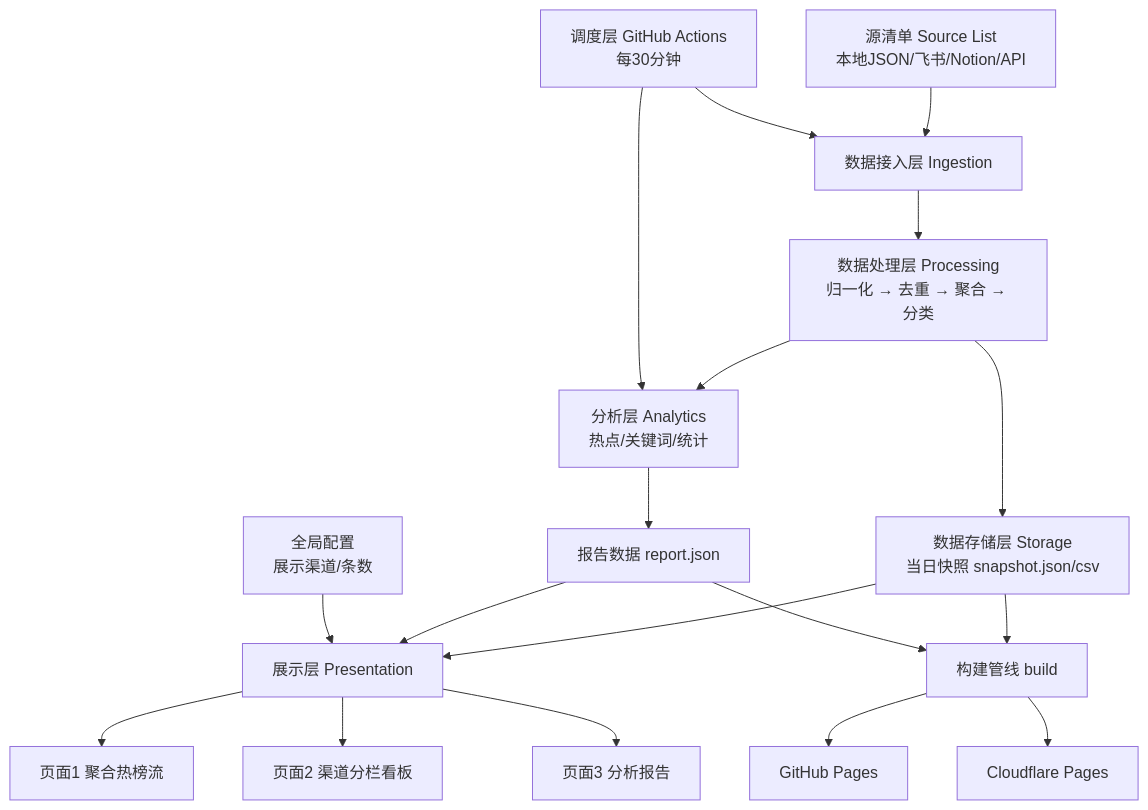
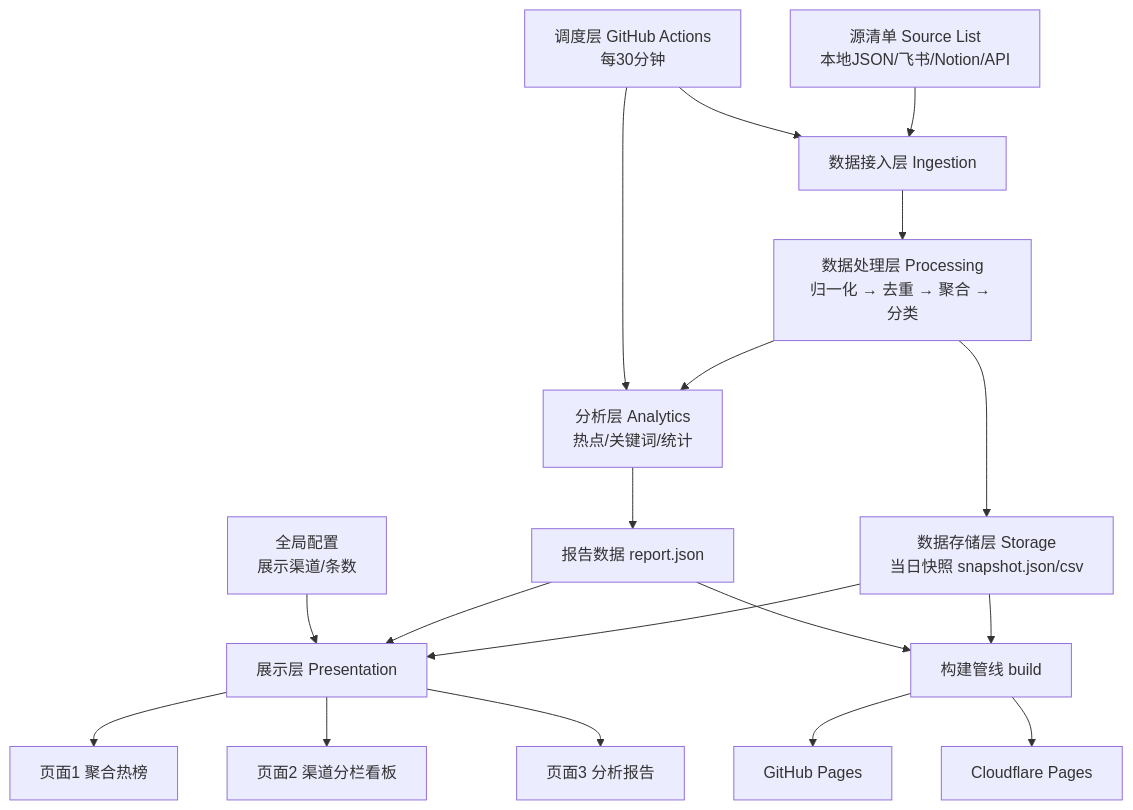
The first of 2 diagrams in docs/PRD.md (Shonee/rss-radar), drawn with Mermaid before and after one commit. The commit also changed other lines of this file and 8 other files, not shown here.

First line of the commit message:
refactor(p3): 页面1 更名「聚合热榜流」→「聚合热榜」

````diff
--- a/docs/PRD.md
+++ b/docs/PRD.md
@@ -239,20 +239,20 @@
 ```mermaid
 flowchart TD
     A[源清单 Source List<br/>本地JSON/飞书/Notion/API] --> B[数据接入层 Ingestion]
     B --> C[数据处理层 Processing<br/>归一化 → 去重 → 聚合 → 分类]
     C --> D[数据存储层 Storage<br/>当日快照 snapshot.json/csv]
     C --> E[分析层 Analytics<br/>热点/关键词/统计]
     E --> F[报告数据 report.json]
     D --> G[展示层 Presentation]
     F --> G
-    G --> G1[页面1 聚合热榜流]
+    G --> G1[页面1 聚合热榜]
     G --> G2[页面2 渠道分栏看板]
     G --> G3[页面3 分析报告]
     H[调度层 GitHub Actions<br/>每30分钟] --> B
     H --> E
     D --> I[构建管线 build]
     F --> I
     I --> J1[GitHub Pages]
     I --> J2[Cloudflare Pages]
     K[全局配置<br/>展示渠道/条数] --> G
 ```
````
